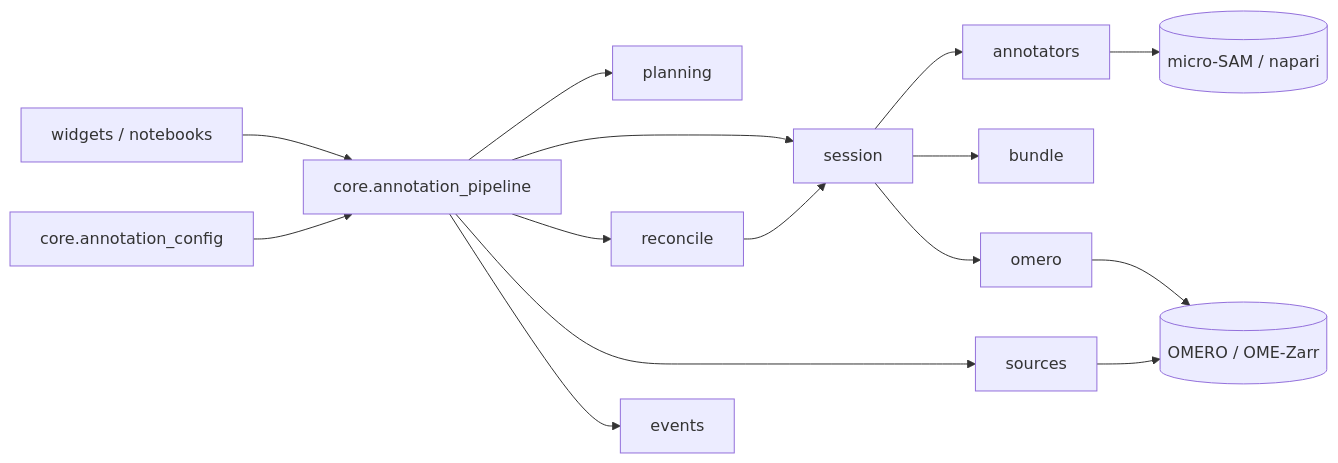
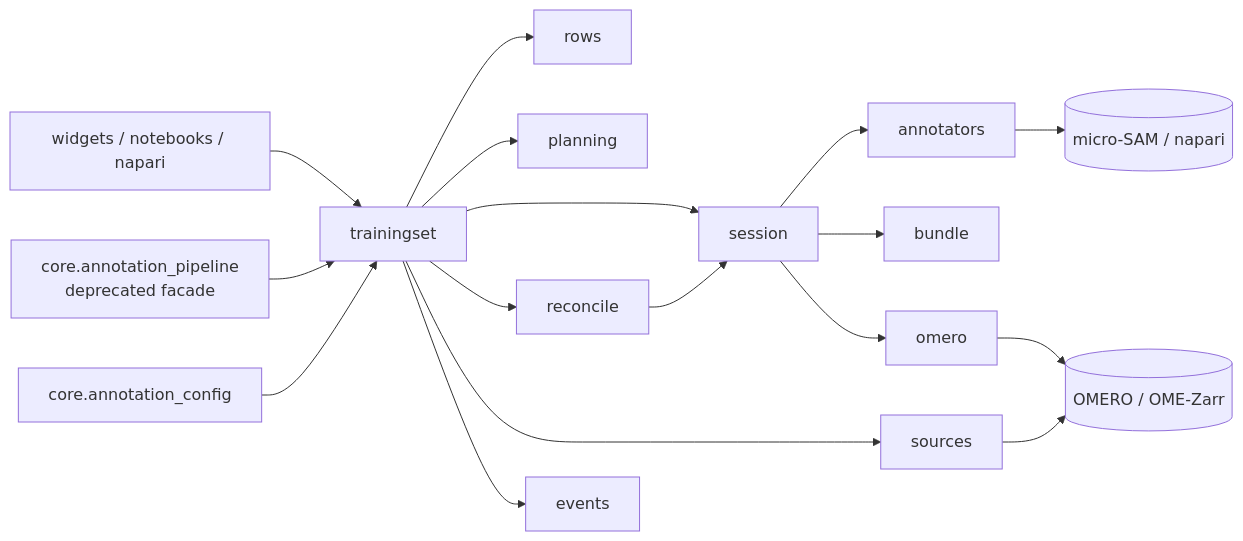
The diagram in docs/architecture.md (Leiden-Cell-Observatory/omero_annotate_ai), drawn with Mermaid before and after one commit. The commit also changed other lines of this file and 12 other files, not shown here.

First line of the commit message:
Docs: TrainingSet API, schema v3 config, storage, session notes

````diff
--- a/docs/architecture.md
+++ b/docs/architecture.md
@@ -6,17 +5,19 @@
 ```mermaid
 flowchart LR
-    W[widgets / notebooks] --> P[core.annotation_pipeline]
+    W[widgets / notebooks / napari] --> P[trainingset]
+    F[core.annotation_pipeline<br/>deprecated facade] --> P
     C[core.annotation_config] --> P
+    P --> RW[rows]
     P --> PL[planning]
     P --> SE[session]
     P --> R[reconcile]
     SE --> A[annotators]
     SE --> B[bundle]
     R --> SE
     P --> S[sources]
     SE --> O[omero]
     P --> E[events]
     A --> N[(micro-SAM / napari)]
     S --> OM[(OMERO / OME-Zarr)]
     O --> OM
 ```
````
